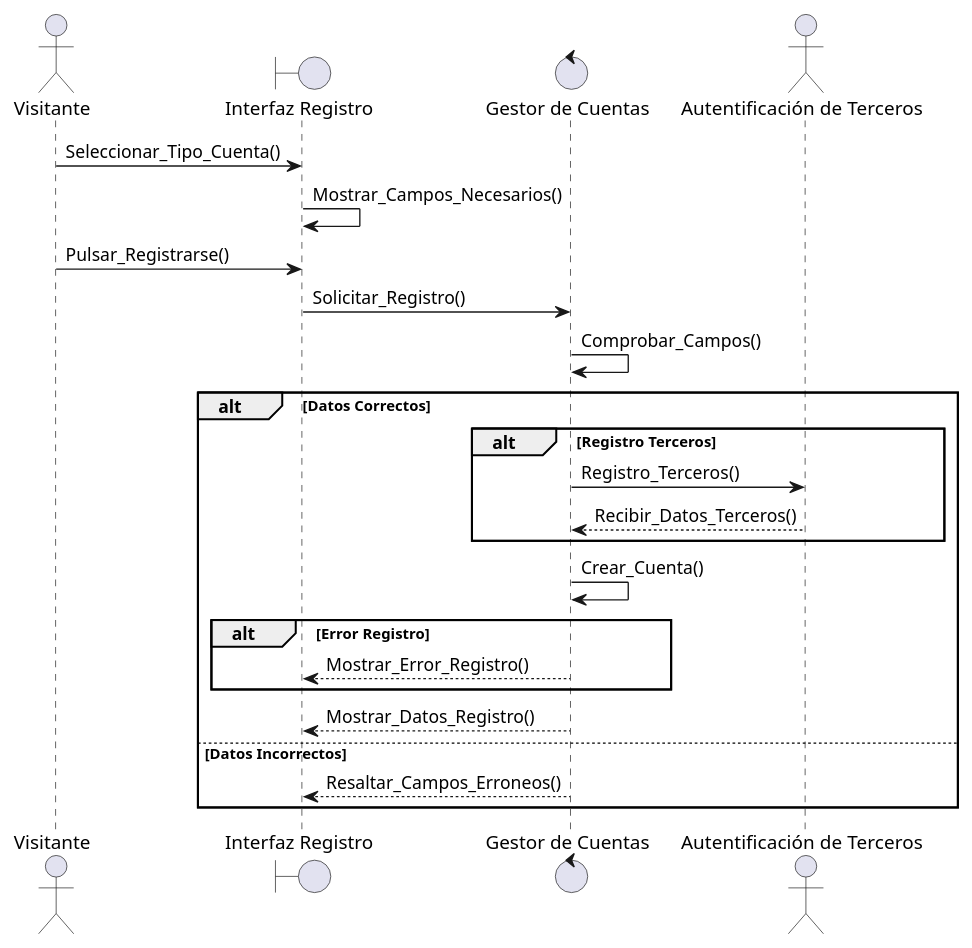
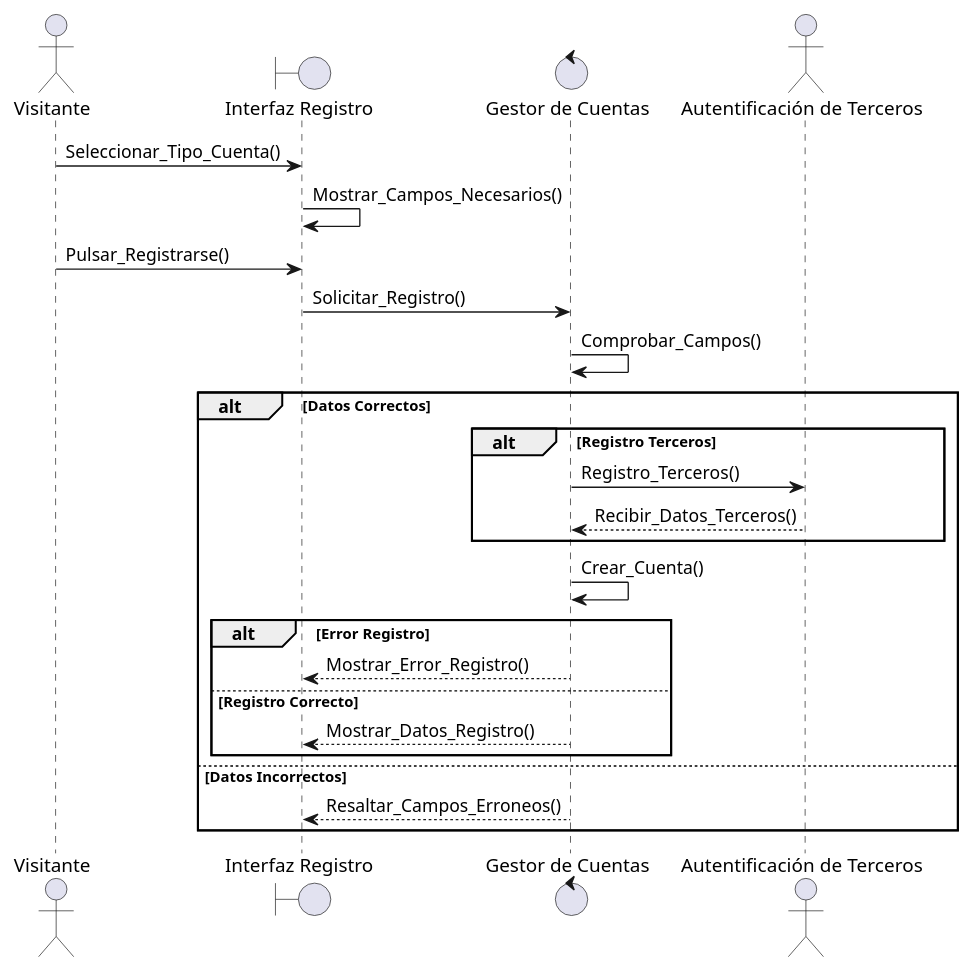
Before and after one commit to Ashwrai/Documentation_practice: the diagram in others/working-documents/sprint-4/umls/registro.plantuml, drawn with PlantUML.

```diff
--- a/others/working-documents/sprint-4/umls/registro.plantuml
+++ b/others/working-documents/sprint-4/umls/registro.plantuml
@@ -1,25 +1,26 @@
 @startuml
 actor Visitante
 boundary "Interfaz Registro"
 control "Gestor de Cuentas"
 actor "Autentificación de Terceros"
 
 Visitante -> "Interfaz Registro": Seleccionar_Tipo_Cuenta()
 "Interfaz Registro" -> "Interfaz Registro": Mostrar_Campos_Necesarios()
 Visitante -> "Interfaz Registro": Pulsar_Registrarse()
 "Interfaz Registro" -> "Gestor de Cuentas": Solicitar_Registro()
 "Gestor de Cuentas" -> "Gestor de Cuentas": Comprobar_Campos()
 alt Datos Correctos
     alt Registro Terceros
         "Gestor de Cuentas" -> "Autentificación de Terceros": Registro_Terceros()
         "Autentificación de Terceros" --> "Gestor de Cuentas": Recibir_Datos_Terceros()
     end
     "Gestor de Cuentas" -> "Gestor de Cuentas": Crear_Cuenta()
     alt Error Registro
         "Gestor de Cuentas" --> "Interfaz Registro": Mostrar_Error_Registro()
+    else Registro Correcto
+        "Gestor de Cuentas" --> "Interfaz Registro": Mostrar_Datos_Registro()
     end
-    "Gestor de Cuentas" --> "Interfaz Registro": Mostrar_Datos_Registro()
 else Datos Incorrectos
     "Gestor de Cuentas" --> "Interfaz Registro": Resaltar_Campos_Erroneos()
 end
 @enduml
```
